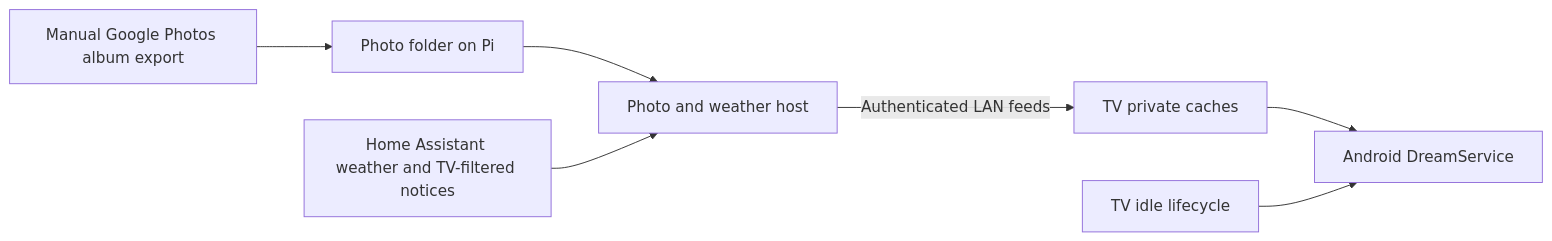
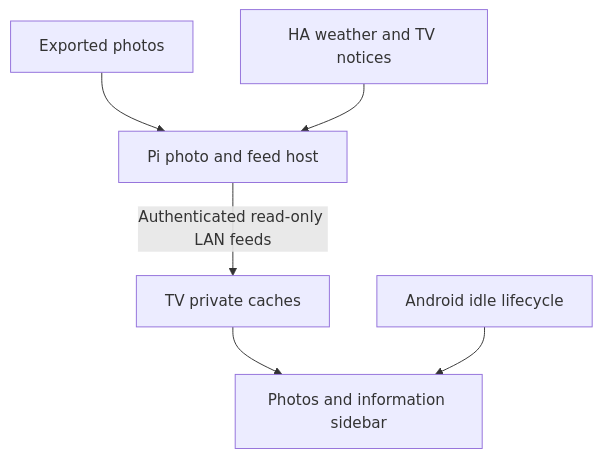
One commit to lachlanw-117/Bravia-Ambient-Display changed the diagram in README.md. Above: the diagram before and after it, drawn with Mermaid. The commit also changed other lines of this file and 14 other files, not shown here.

````diff
--- a/README.md
+++ b/README.md
@@ -45,9 +47,8 @@
 ```mermaid
-flowchart LR
-    Export[Manual Google Photos album export] --> Folder[Photo folder on Pi]
-    Folder --> Host[Photo and weather host]
-    HA[Home Assistant weather and TV-filtered notices] --> Host
-    Host -->|Authenticated LAN feeds| Cache[TV private caches]
-    Cache --> Dream[Android DreamService]
-    OS[TV idle lifecycle] --> Dream
+flowchart TB
+    Photos[Exported photos] --> Host[Pi photo and feed host]
+    HA[HA weather and TV notices] --> Host
+    Host -->|Authenticated read-only LAN feeds| Cache[TV private caches]
+    Cache --> Display[Photos and information sidebar]
+    Android[Android idle lifecycle] --> Display
 ```
````
